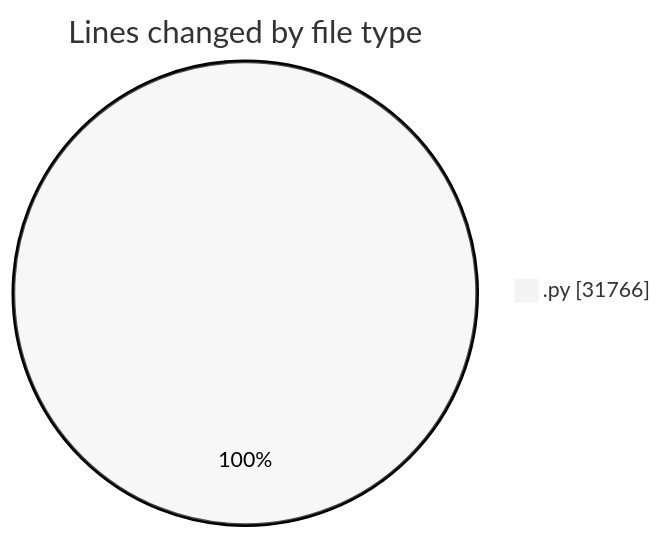
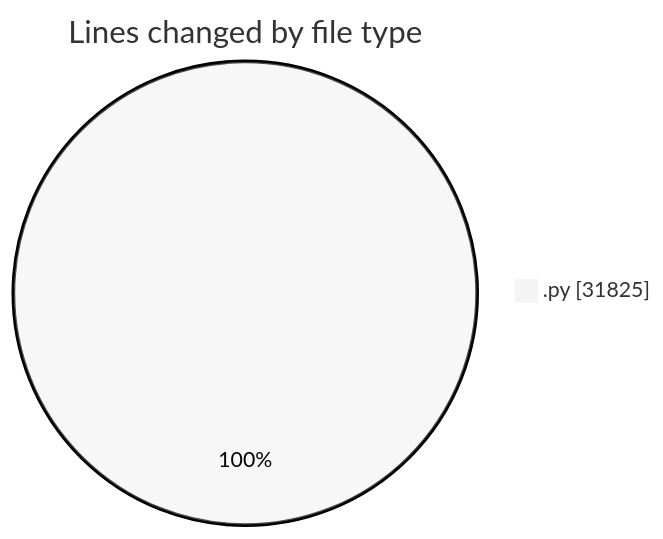
One commit to julien-gomy/code-tracking changed the first of 2 diagrams in 2025-11-14/eventscop-api-guide__workspace_/README.md. Above: the diagram before and after it, drawn with Mermaid (neutral theme). The commit also changed other lines of this file and 1 other file, not shown here.

````diff
--- a/2025-11-14/eventscop-api-guide__workspace_/README.md
+++ b/2025-11-14/eventscop-api-guide__workspace_/README.md
@@ -28,5 +29,5 @@
 ```mermaid
 pie showData
 title Lines changed by file type
-".py" : 31766
+".py" : 31825
 ```
````
